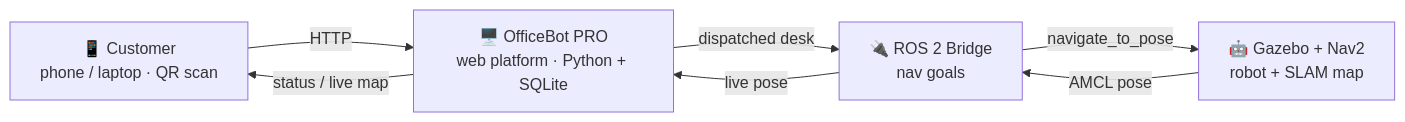
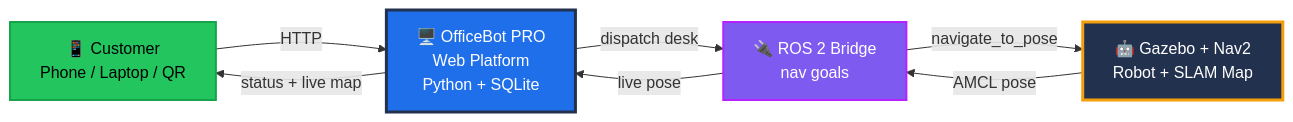
The first of 2 diagrams in OfficeBot AI Autonomous Delivery Robot/READE.md (dikshantk809-create/Projects), drawn with Mermaid before and after one commit. The commit also changed other lines of this file, not shown here.

````diff
--- a/OfficeBot AI Autonomous Delivery Robot/READE.md
+++ b/OfficeBot AI Autonomous Delivery Robot/READE.md
@@ -53,9 +36,14 @@
 ```mermaid
 flowchart LR
-    A["📱 Customer<br/>phone / laptop · QR scan"] -- HTTP --> B["🖥️ OfficeBot PRO<br/>web platform · Python + SQLite"]
-    B -- status / live map --> A
-    B -- dispatched desk --> C["🔌 ROS 2 Bridge<br/>nav goals"]
-    C -- live pose --> B
-    C -- navigate_to_pose --> D["🤖 Gazebo + Nav2<br/>robot + SLAM map"]
-    D -- AMCL pose --> C
+    A["📱 Customer<br/>Phone / Laptop / QR"] -- "HTTP" --> B["🖥️ OfficeBot PRO<br/>Web Platform<br/>Python + SQLite"]
+    B -- "status + live map" --> A
+    B -- "dispatch desk" --> C["🔌 ROS 2 Bridge<br/>nav goals"]
+    C -- "live pose" --> B
+    C -- "navigate_to_pose" --> D["🤖 Gazebo + Nav2<br/>Robot + SLAM Map"]
+    D -- "AMCL pose" --> C
+
+    style A fill:#22c55e,color:#000,stroke:#16a34a,stroke-width:2px
+    style B fill:#1f6feb,color:#fff,stroke:#22314E,stroke-width:3px
+    style C fill:#7F5AF0,color:#fff,stroke:#B721FF,stroke-width:2px
+    style D fill:#22314E,color:#fff,stroke:#f59e0b,stroke-width:3px
 ```
````
